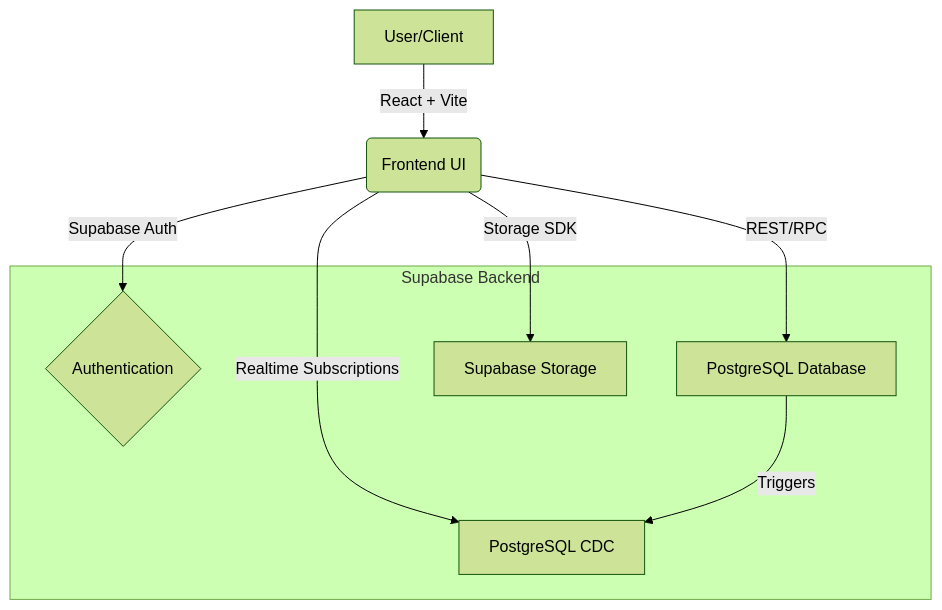
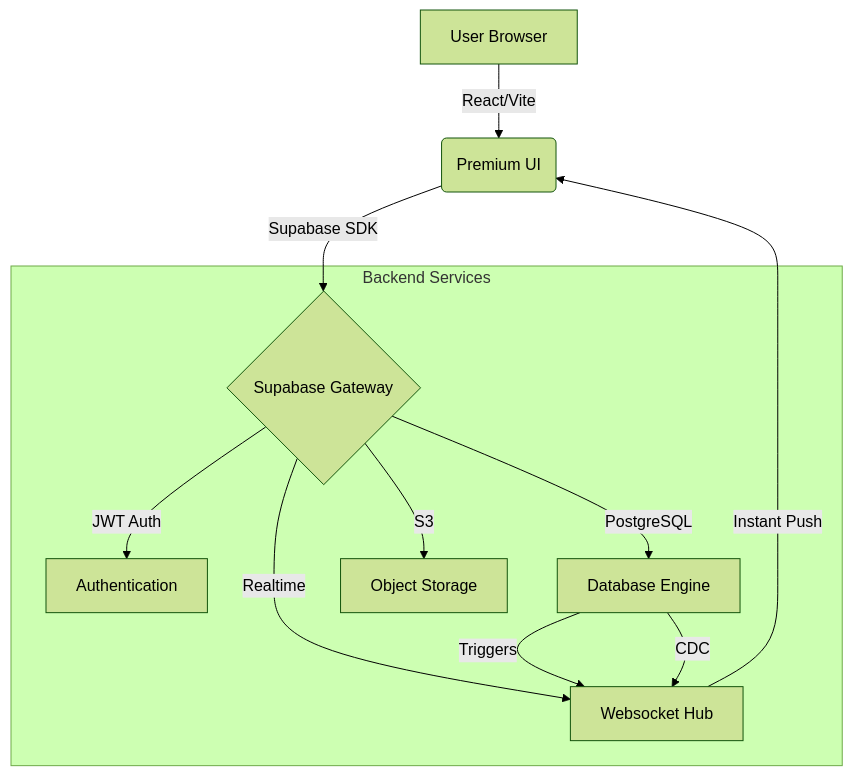
Before and after one commit to thelost-beep/nasty-task: the first of 3 diagrams in README.md, drawn with Mermaid (forest theme). The commit also changed other lines of this file, not shown here.

Commit message:
Enhance README.md with detailed diagrams, badges, and project structure

````diff
--- a/README.md
+++ b/README.md
@@ -32,16 +38,16 @@
 ```mermaid
 graph TD
-    A[User/Client] -->|React + Vite| B(Frontend UI)
-    B -->|Supabase Auth| C{Authentication}
-    B -->|Realtime Subscriptions| D[PostgreSQL CDC]
-    B -->|REST/RPC| E[PostgreSQL Database]
-    E -->|Triggers| D
-    B -->|Storage SDK| F[Supabase Storage]
+    A[User Browser] -->|React/Vite| B(Premium UI)
+    B -->|Supabase SDK| C{Supabase Gateway}
     
-    subgraph "Supabase Backend"
-    C
-    D
-    E
-    F
+    subgraph "Backend Services"
+    C -->|JWT Auth| D[Authentication]
+    C -->|PostgreSQL| E[Database Engine]
+    C -->|Realtime| F[Websocket Hub]
+    C -->|S3| G[Object Storage]
     end
+    
+    E -->|Triggers| F
+    E -->|CDC| F
+    F -->|Instant Push| B
 ```
````
